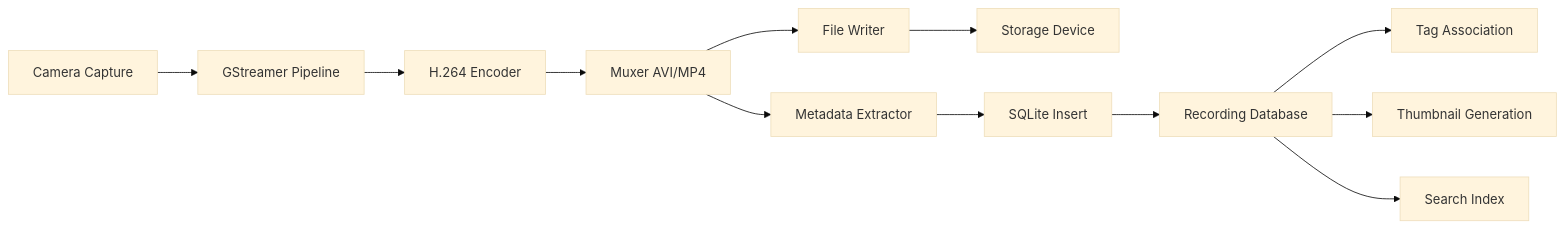
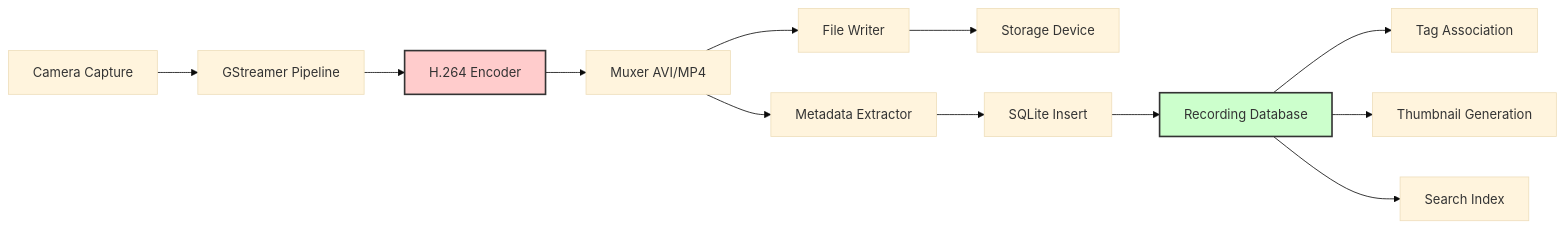
One commit to JayeshKakkad-Rotoclear/Rotoclear-C-Pro-Docs changed the seventh of 9 diagrams in docs/architecture/overview.md. Above: the diagram before and after it, drawn with Mermaid (base theme). The commit also changed other lines of this file and 14 other files, not shown here.

Commit message:
Improve Mermaid diagram formatting for better presentation - Added better spacing, styling, and layout - Enhanced readability with color coding and proper node alignment - Improved subgraph organization - Better decision tree layouts

````diff
--- a/docs/architecture/overview.md
+++ b/docs/architecture/overview.md
@@ -478,16 +522,19 @@
 ```mermaid
 graph LR
     A[Camera Capture] --> B[GStreamer Pipeline]
     B --> C[H.264 Encoder]
     C --> D[Muxer AVI/MP4]
     D --> E[File Writer]
     E --> F[Storage Device]
     
     D --> G[Metadata Extractor]
     G --> H[SQLite Insert]
     H --> I[Recording Database]
     
     I --> J[Tag Association]
     I --> K[Thumbnail Generation]
     I --> L[Search Index]
+    
+    style C fill:#ffcccc,stroke:#333,stroke-width:2px
+    style I fill:#ccffcc,stroke:#333,stroke-width:2px
 ```
````
